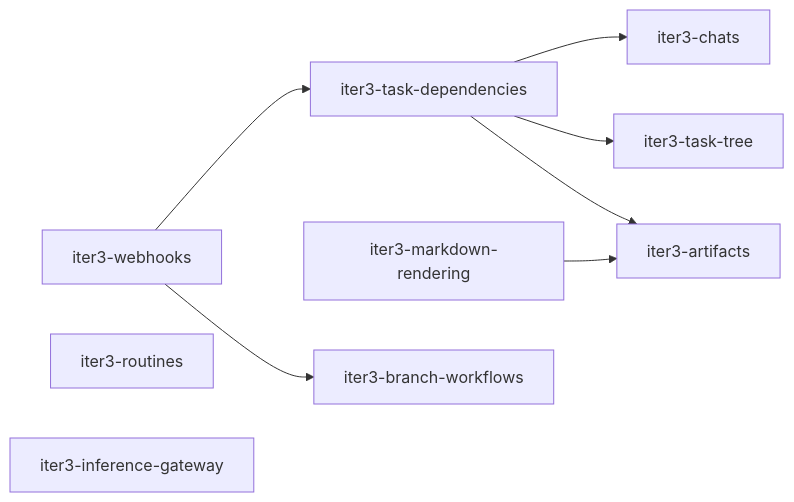
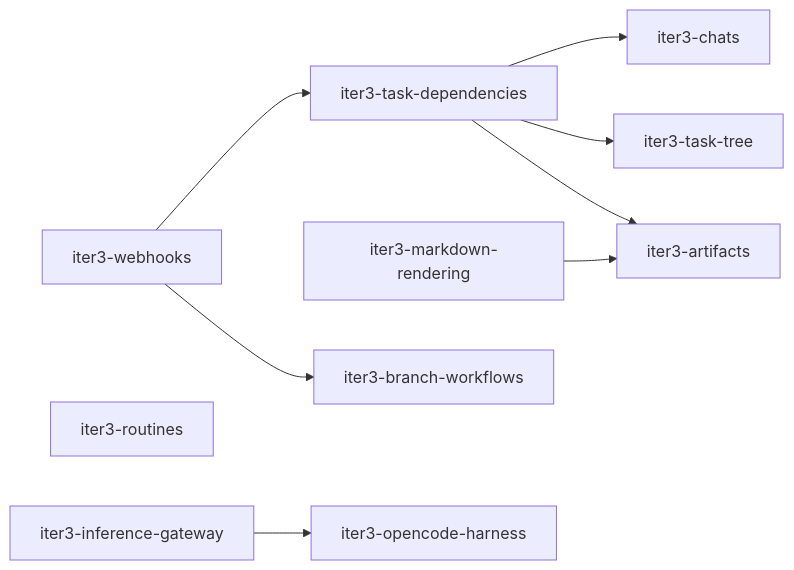
One commit to prskr/dark-factory changed the diagram in product/iterations/iteration-3.md. Above: the diagram before and after it, drawn with Mermaid. The commit also changed other lines of this file and 6 other files, not shown here.

````diff
--- a/product/iterations/iteration-3.md
+++ b/product/iterations/iteration-3.md
@@ -34,11 +35,11 @@
 ```mermaid
 flowchart LR
   WH[iter3-webhooks] --> TD[iter3-task-dependencies]
   TD --> CH[iter3-chats]
   TD --> TT[iter3-task-tree]
   TD --> AR[iter3-artifacts]
   MR[iter3-markdown-rendering] --> AR
   WH --> BW[iter3-branch-workflows]
   RO[iter3-routines]
-  IG[iter3-inference-gateway]
+  IG[iter3-inference-gateway] --> OC[iter3-opencode-harness]
 ```
````
